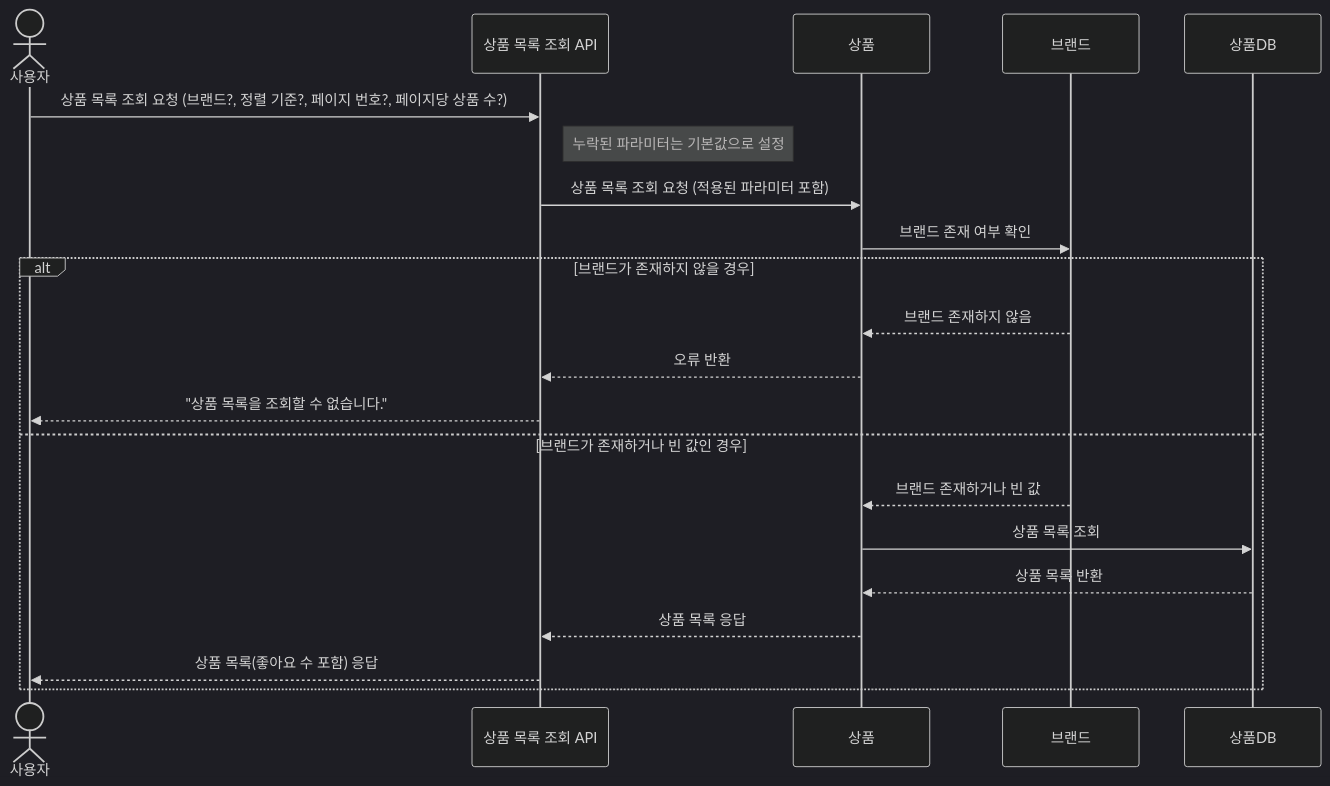
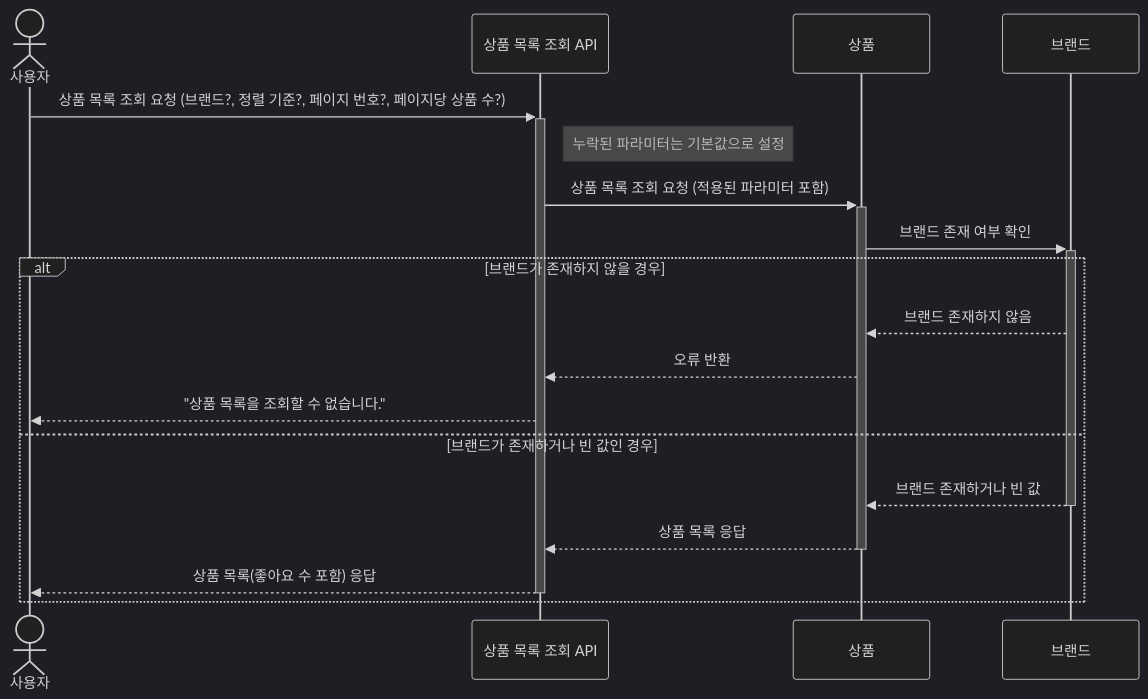
One commit to kodonghee/loopers-e-commerce changed the first of 9 diagrams in docs/design/02-sequence-diagrams.md. Above: the diagram before and after it, drawn with Mermaid (dark theme). The commit also changed other lines of this file, not shown here.

Commit message:
feat: 시퀀스 다이어그램 - 주문 관련 작성

````diff
--- a/docs/design/02-sequence-diagrams.md
+++ b/docs/design/02-sequence-diagrams.md
@@ -3,26 +3,23 @@
 ```mermaid
 sequenceDiagram
     actor 사용자
     participant 상품 목록 조회 API
     participant 상품
     participant 브랜드
-    participant 상품DB
 
-    사용자->>상품 목록 조회 API: 상품 목록 조회 요청 (브랜드?, 정렬 기준?, 페이지 번호?, 페이지당 상품 수?)
+    사용자->>+상품 목록 조회 API: 상품 목록 조회 요청 (브랜드?, 정렬 기준?, 페이지 번호?, 페이지당 상품 수?)
     Note right of 상품 목록 조회 API: 누락된 파라미터는 기본값으로 설정
 
-    상품 목록 조회 API->>상품: 상품 목록 조회 요청 (적용된 파라미터 포함)
+    상품 목록 조회 API->>+상품: 상품 목록 조회 요청 (적용된 파라미터 포함)
 
-    상품->>브랜드: 브랜드 존재 여부 확인
+    상품->>+브랜드: 브랜드 존재 여부 확인
     alt 브랜드가 존재하지 않을 경우
         브랜드-->>상품: 브랜드 존재하지 않음
         상품-->>상품 목록 조회 API: 오류 반환
         상품 목록 조회 API-->>사용자: "상품 목록을 조회할 수 없습니다."
     else 브랜드가 존재하거나 빈 값인 경우
-        브랜드-->>상품: 브랜드 존재하거나 빈 값
-        상품->>상품DB: 상품 목록 조회
-        상품DB-->>상품: 상품 목록 반환
-        상품-->>상품 목록 조회 API: 상품 목록 응답
-        상품 목록 조회 API-->>사용자: 상품 목록(좋아요 수 포함) 응답
+        브랜드-->>-상품: 브랜드 존재하거나 빈 값
+        상품-->>-상품 목록 조회 API: 상품 목록 응답
+        상품 목록 조회 API-->>-사용자: 상품 목록(좋아요 수 포함) 응답
     end
 ```
````
